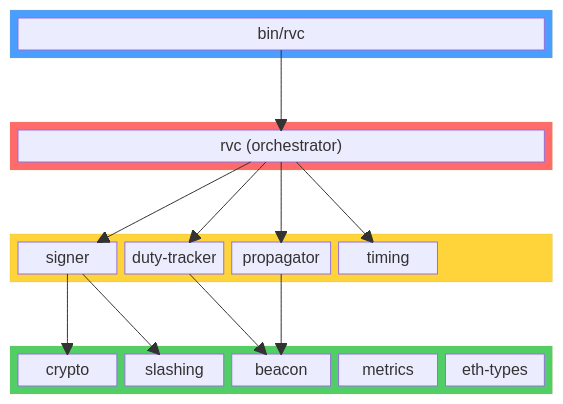
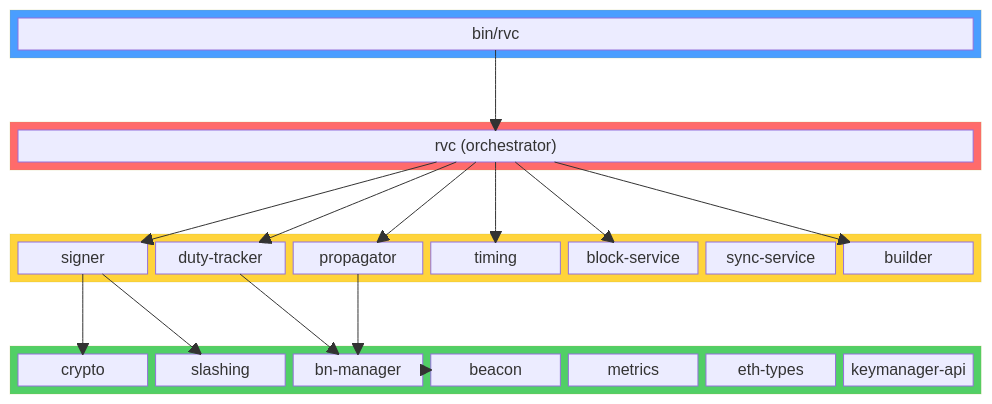
One commit to dsrvlabs/rvc changed the third of 8 diagrams in ARCHITECTURE.md. Above: the diagram before and after it, drawn with Mermaid. The commit also changed other lines of this file and 13 other files, not shown here.

````diff
--- a/ARCHITECTURE.md
+++ b/ARCHITECTURE.md
@@ -101,49 +145,56 @@
 ```mermaid
 block-beta
-    columns 5
+    columns 7
 
-    block:binary:5
+    block:binary:7
         BIN["bin/rvc"]
     end
 
-    space:5
+    space:7
 
-    block:orchestrator:5
+    block:orchestrator:7
         RVC["rvc (orchestrator)"]
     end
 
-    space:5
+    space:7
 
-    block:domain:5
+    block:domain:7
         SIGNER["signer"]
         DUTY["duty-tracker"]
         PROP["propagator"]
         TIMING["timing"]
-        space
+        BLOCK["block-service"]
+        SYNC["sync-service"]
+        BUILD["builder"]
     end
 
-    space:5
+    space:7
 
-    block:foundation:5
+    block:foundation:7
         CRYPTO["crypto"]
         SLASHING["slashing"]
+        BNM["bn-manager"]
         BEACON["beacon"]
         METRICS["metrics"]
         ETH["eth-types"]
+        KMA["keymanager-api"]
     end
 
     BIN --> RVC
     RVC --> SIGNER
     RVC --> DUTY
     RVC --> PROP
     RVC --> TIMING
+    RVC --> BLOCK
+    RVC --> BUILD
     SIGNER --> CRYPTO
     SIGNER --> SLASHING
-    DUTY --> BEACON
-    PROP --> BEACON
+    DUTY --> BNM
+    PROP --> BNM
+    BNM --> BEACON
 
     style binary fill:#4a9eff,color:#fff
     style orchestrator fill:#ff6b6b,color:#fff
     style domain fill:#ffd43b,color:#333
     style foundation fill:#51cf66,color:#fff
 ```
````
